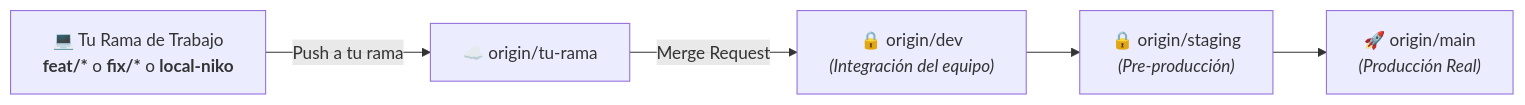
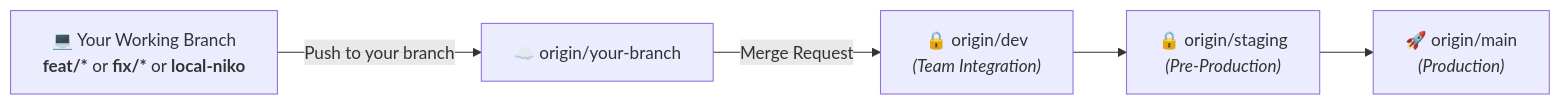
Before and after one commit to marioscience/tommy-h: the diagram in README.md, drawn with Mermaid. The commit also changed other lines of this file, not shown here.

````diff
--- a/README.md
+++ b/README.md
@@ -87,7 +86,7 @@
 ```mermaid
 flowchart LR
-    DevBranch["💻 Tu Rama de Trabajo<br/><b>feat/*</b> o <b>fix/*</b> o <b>local-niko</b>"] -->|Push a tu rama| RemoteBranch["☁️ origin/tu-rama"]
-    RemoteBranch -->|Merge Request| Dev["🔒 origin/dev<br/><i>(Integración del equipo)</i>"]
-    Dev --> Staging["🔒 origin/staging<br/><i>(Pre-producción)</i>"]
-    Staging --> Main["🚀 origin/main<br/><i>(Producción Real)</i>"]
+    DevBranch["💻 Your Working Branch<br/><b>feat/*</b> or <b>fix/*</b> or <b>local-niko</b>"] -->|Push to your branch| RemoteBranch["☁️ origin/your-branch"]
+    RemoteBranch -->|Merge Request| Dev["🔒 origin/dev<br/><i>(Team Integration)</i>"]
+    Dev --> Staging["🔒 origin/staging<br/><i>(Pre-Production)</i>"]
+    Staging --> Main["🚀 origin/main<br/><i>(Production)</i>"]
 ```
````
